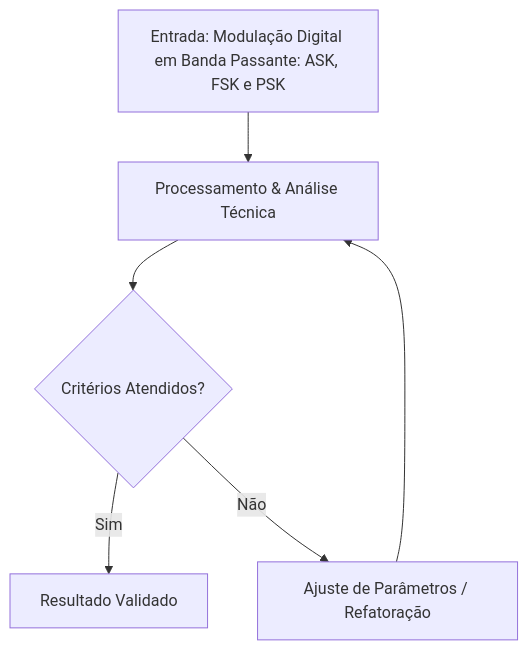
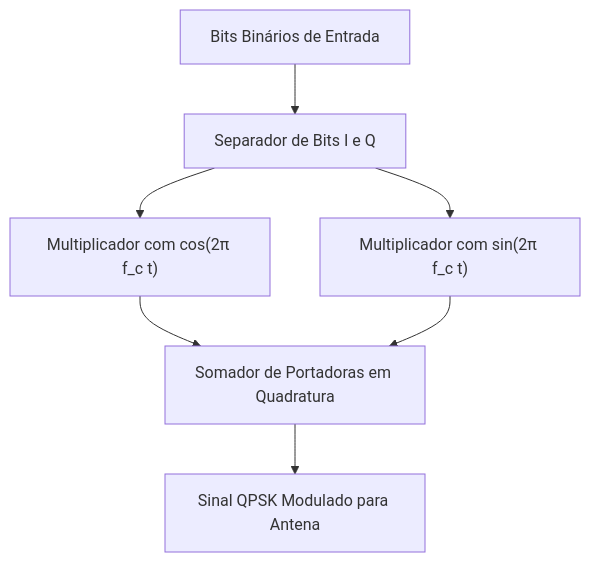
Before and after one commit to pedroiff0/page: the diagram in content/pt-br/resource/Engenharia de Computação/6-periodo/comunicacao-de-dados/anotacoes/aula-08-modulacao-digital-em-banda-passante-ask-fsk-e-psk.md, drawn with Mermaid. The commit also changed other lines of this file and 826 other files, not shown here.

````diff
--- a/content/pt-br/resource/Engenharia de Computação/6-periodo/comunicacao-de-dados/anotacoes/aula-08-modulacao-digital-em-banda-passante-ask-fsk-e-psk.md
+++ b/content/pt-br/resource/Engenharia de Computação/6-periodo/comunicacao-de-dados/anotacoes/aula-08-modulacao-digital-em-banda-passante-ask-fsk-e-psk.md
@@ -74,8 +83,8 @@
 ```mermaid
 flowchart TD
-    A[Entrada: Modulação Digital em Banda Passante: ASK, FSK e PSK] --> B[Processamento & Análise Técnica]
-    B --> C{Critérios Atendidos?}
-    C -- Sim --> D[Resultado Validado]
-    C -- Não --> E[Ajuste de Parâmetros / Refatoração]
-    E --> B
+    Bits[Bits Binários de Entrada] --> Demux[Separador de Bits I e Q]
+    Demux --> ModI["Multiplicador com cos(2π f_c t)"]
+    Demux --> ModQ["Multiplicador com sin(2π f_c t)"]
+    ModI & ModQ --> Somador[Somador de Portadoras em Quadratura]
+    Somador --> QPSKOut[Sinal QPSK Modulado para Antena]
 ```
````
